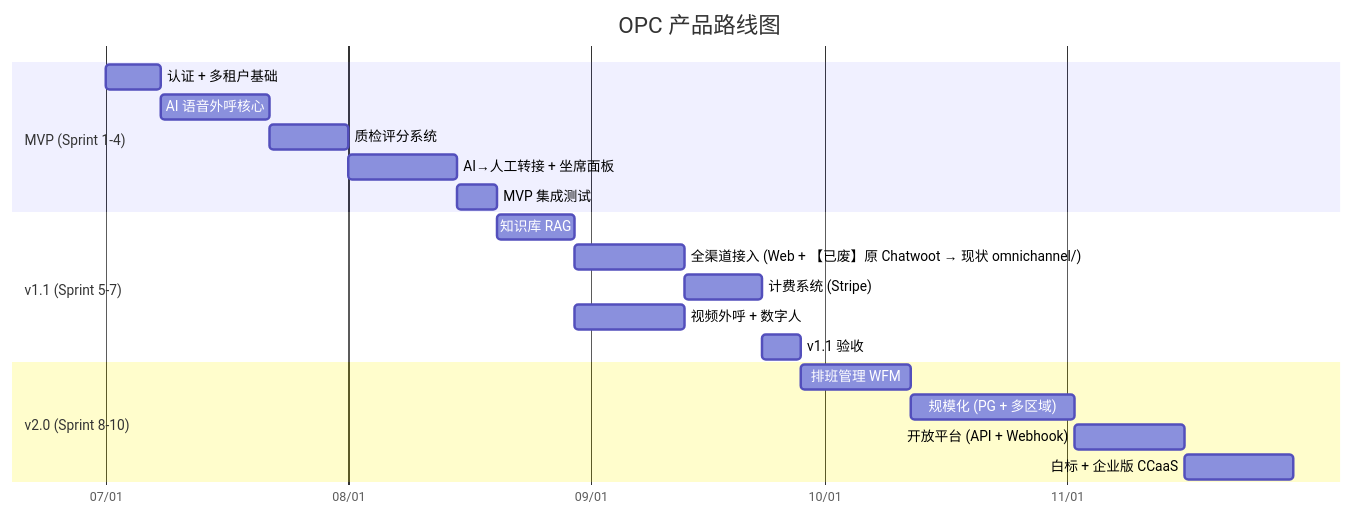
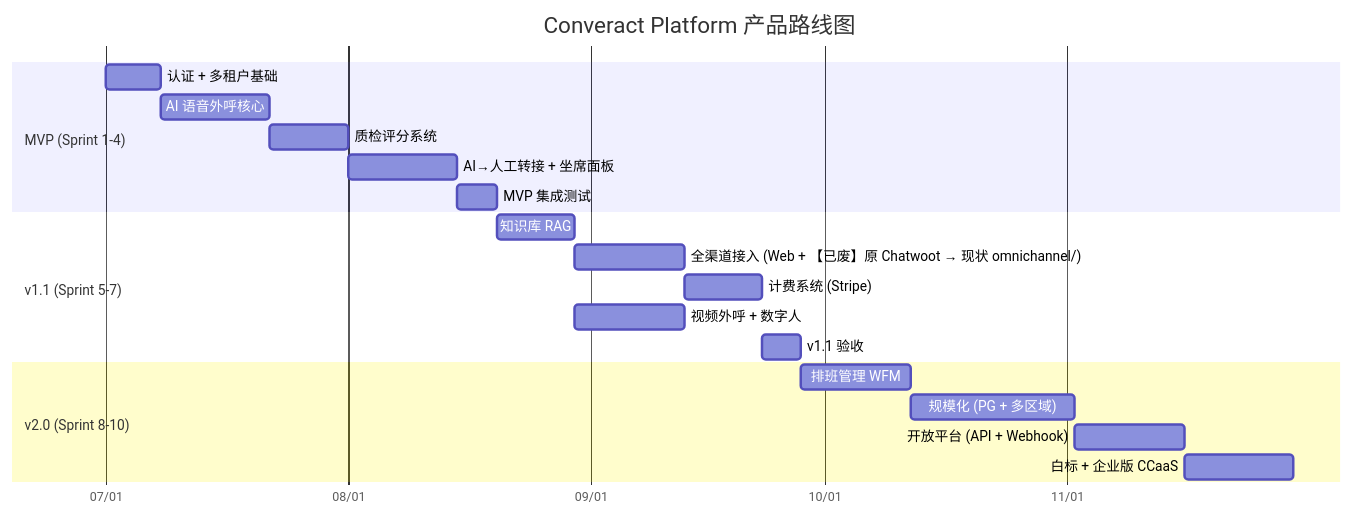
Before and after one commit to songgoldenwind-crypto/converact-platform: the sixth of 6 diagrams in docs/design/product-design.md, drawn with Mermaid. The commit also changed other lines of this file and 1807 other files, not shown here.

````diff
--- a/docs/design/product-design.md
+++ b/docs/design/product-design.md
@@ -845,26 +845,26 @@
 ```mermaid
 gantt
-    title OPC 产品路线图
+    title Converact Platform 产品路线图
     dateFormat  YYYY-MM-DD
     axisFormat  %m/%d
 
     section MVP (Sprint 1-4)
     认证 + 多租户基础          :a1, 2026-07-01, 7d
     AI 语音外呼核心            :a2, after a1, 14d
     质检评分系统               :a3, after a2, 10d
     AI→人工转接 + 坐席面板     :a4, after a3, 14d
     MVP 集成测试               :a5, after a4, 5d
 
     section v1.1 (Sprint 5-7)
     知识库 RAG                 :b1, after a5, 10d
     全渠道接入 (Web + 【已废】原 Chatwoot → 现状 omnichannel/):b2, after b1, 14d
     计费系统 (Stripe)          :b3, after b2, 10d
     视频外呼 + 数字人          :b4, after b1, 14d
     v1.1 验收                  :b5, after b3, 5d
 
     section v2.0 (Sprint 8-10)
     排班管理 WFM               :c1, after b5, 14d
     规模化 (PG + 多区域)       :c2, after c1, 21d
     开放平台 (API + Webhook)   :c3, after c2, 14d
     白标 + 企业版 CCaaS         :c4, after c3, 14d
 ```
````
